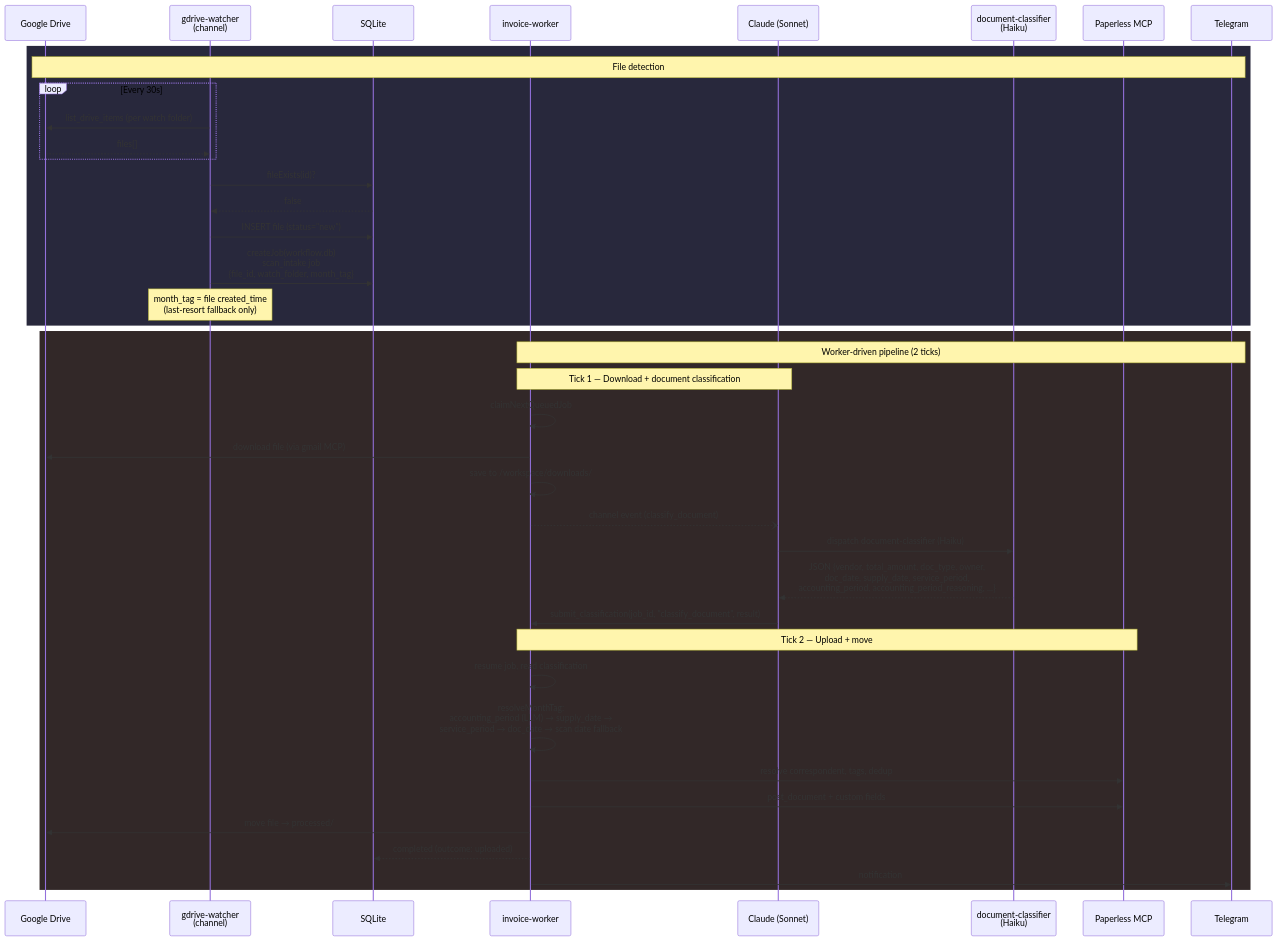
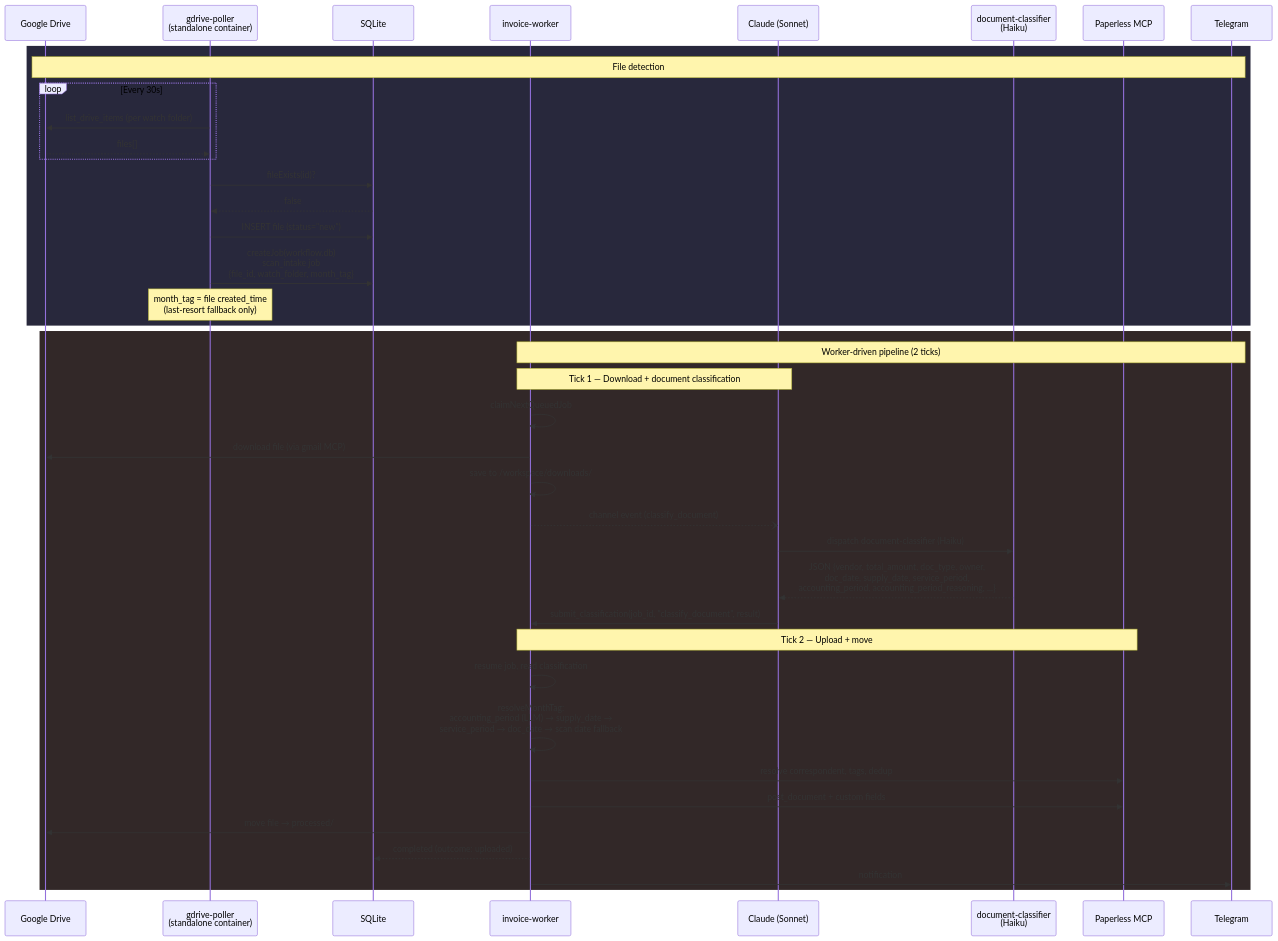
The fourth of 7 diagrams in docs/uc1-invoice-processing.md (mcsdodo/personal-assistant), drawn with Mermaid before and after one commit. The commit also changed other lines of this file and 6 other files, not shown here.

````diff
--- a/docs/uc1-invoice-processing.md
+++ b/docs/uc1-invoice-processing.md
@@ -363,46 +365,46 @@
 ```mermaid
 sequenceDiagram
     participant GD as Google Drive
-    participant GW as gdrive-watcher<br/>(channel)
+    participant GW as gdrive-poller<br/>(standalone container)
     participant DB as SQLite
     participant IW as invoice-worker
     participant C as Claude (Sonnet)
     participant DC as document-classifier<br/>(Haiku)
     participant P as Paperless MCP
     participant TG as Telegram
 
     rect rgb(40, 40, 60)
     note over GD,TG: File detection
     loop Every 30s
         GW->>GD: list_drive_items (per watch folder)
         GD-->>GW: files[]
     end
     GW->>DB: fileExists(id)?
     DB-->>GW: false
     GW->>DB: INSERT file (status="new")
     GW->>DB: createJob(workflow.db)<br/>scan_intake job<br/>{file_id, watch_folder, month_tag}
     note over GW: month_tag = file created_time<br/>(last-resort fallback only)
     end
 
     rect rgb(50, 40, 40)
     note over IW,TG: Worker-driven pipeline (2 ticks)
 
     note over IW,C: Tick 1 — Download + document classification
     IW->>IW: claimNextQueuedJob
     IW->>GD: download file (via gmail MCP)
     IW->>IW: save to /workspace/downloads/
     IW--)C: channel event (classify_document)
     C->>DC: dispatch document-classifier (Haiku)
     DC-->>C: JSON {vendor, total_amount, doc_type, owner,<br/>doc_date, supply_date, service_period,<br/>accounting_period, accounting_period_reasoning, ...}
     C->>IW: submit_classification(job_id, "classify_document", result)
 
     note over IW,P: Tick 2 — Upload + move
     IW->>IW: resume job, read classification
     IW->>IW: resolveMonthTag:<br/>accounting_period (LLM) → supply_date →<br/>service_period → doc_date → scan date fallback
     IW->>P: resolve correspondent, tags, dedup
     IW->>P: post_document + custom fields
     IW->>GD: move file → processed/
     IW-->>DB: completed (outcome: uploaded)
     IW->>TG: notification
     end
 ```
````
